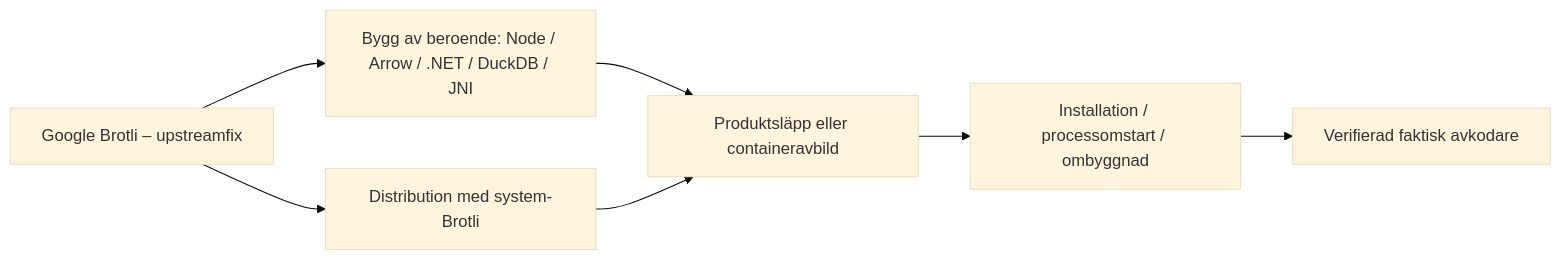
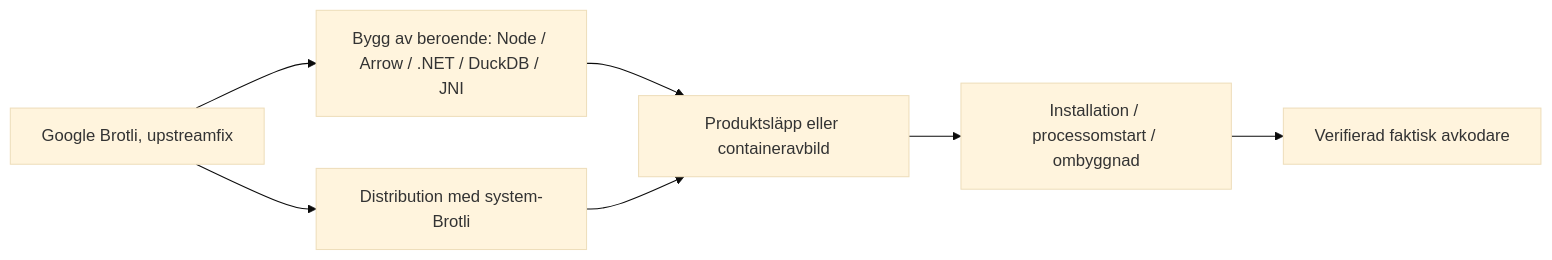
One commit to MelissaSkywalkz/broccoli2shell-gis changed the diagram in docs/patchkedjan.md. Above: the diagram before and after it, drawn with Mermaid (base theme). The commit also changed other lines of this file and 22 other files, not shown here.

````diff
--- a/docs/patchkedjan.md
+++ b/docs/patchkedjan.md
@@ -5,9 +5,9 @@
 ```mermaid
 flowchart LR
-  A[Google Brotli – upstreamfix] --> B[Bygg av beroende: Node / Arrow / .NET / DuckDB / JNI]
+  A[Google Brotli, upstreamfix] --> B[Bygg av beroende: Node / Arrow / .NET / DuckDB / JNI]
   A --> C[Distribution med system-Brotli]
   B --> D[Produktsläpp eller containeravbild]
   C --> D
   D --> E[Installation / processomstart / ombyggnad]
   E --> F[Verifierad faktisk avkodare]
 ```
````
